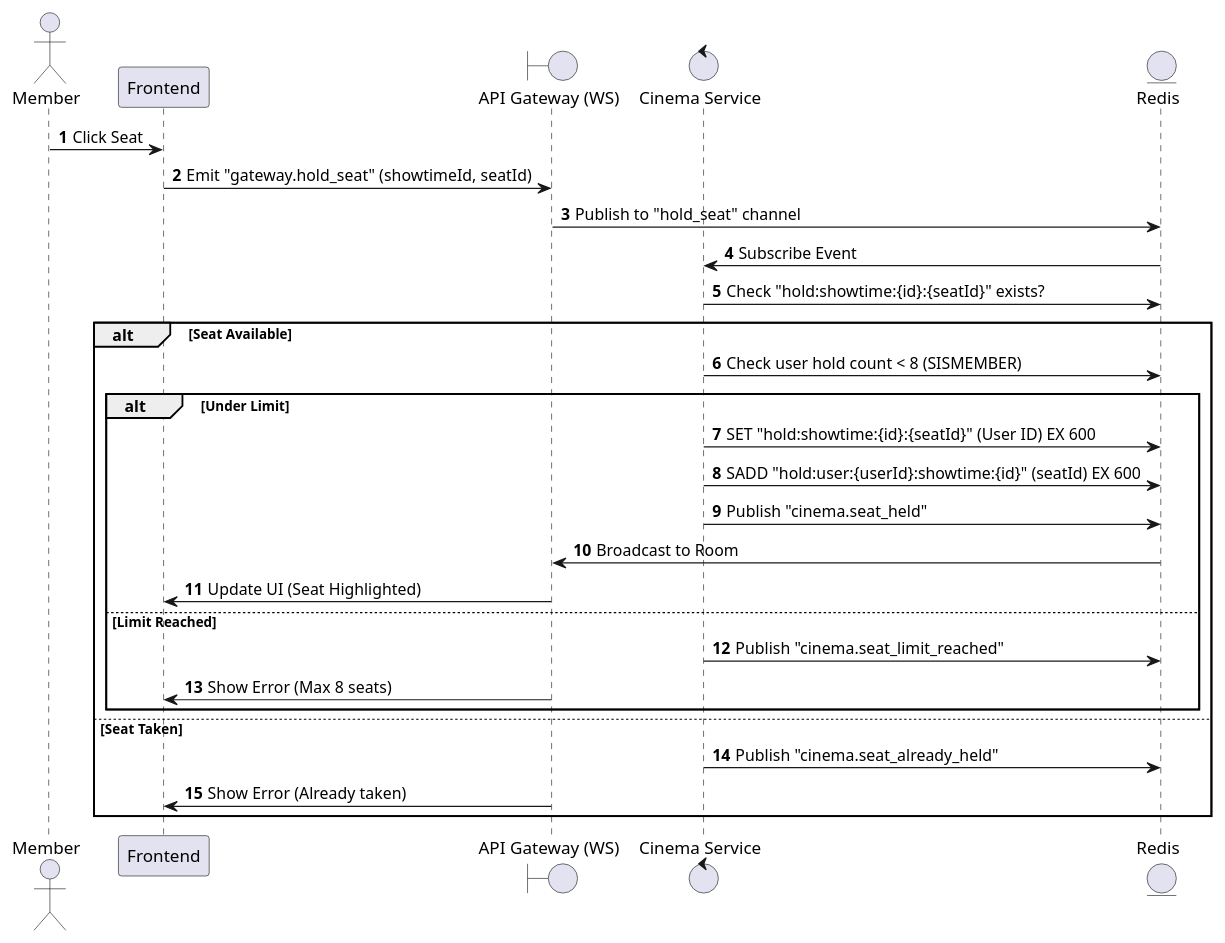
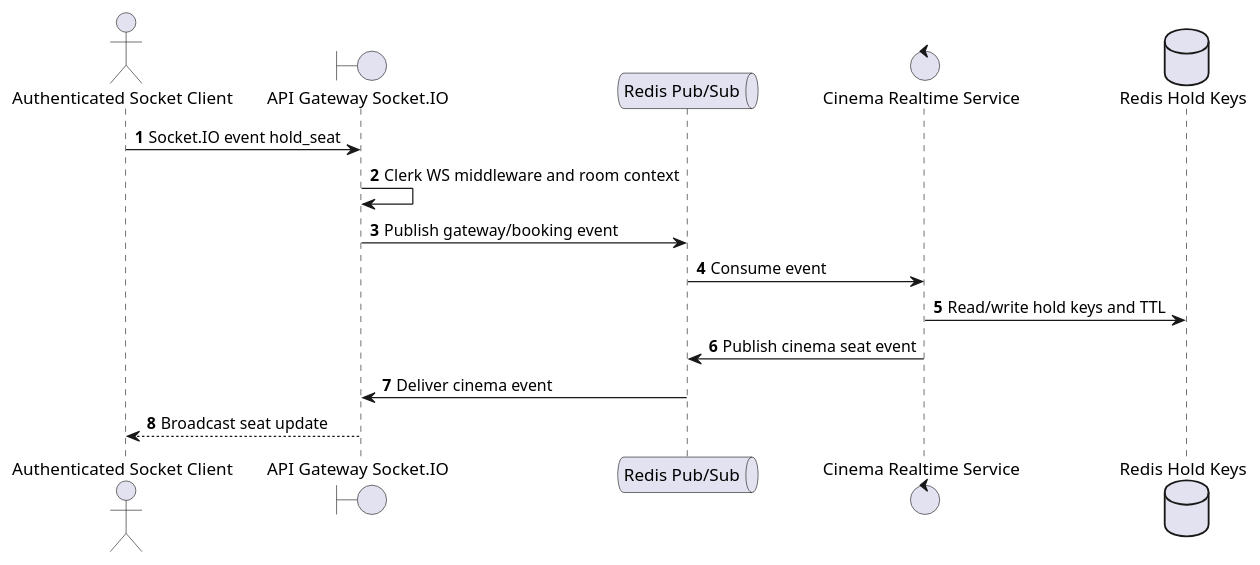
Before and after one commit to Tanh1603/movie-hub-architecture: the first of 2 diagrams in docs/functional_specs/3.5.3_Real-time_Seat_Selection/RT-01_Hold_Seat.md, drawn with PlantUML. The commit also changed other lines of this file and 126 other files, not shown here.

````diff
--- a/docs/functional_specs/3.5.3_Real-time_Seat_Selection/RT-01_Hold_Seat.md
+++ b/docs/functional_specs/3.5.3_Real-time_Seat_Selection/RT-01_Hold_Seat.md
@@ -17,32 +17,19 @@
 ```plantuml
 @startuml
 autonumber
-actor Member
-participant "Frontend" as FE
-boundary "API Gateway (WS)" as WS
-control "Cinema Service" as CS
-entity "Redis" as R
+actor "Authenticated Socket Client" as Actor
+boundary "API Gateway Socket.IO" as GW
+queue "Redis Pub/Sub" as Redis
+control "Cinema Realtime Service" as CRS
+database "Redis Hold Keys" as Hold
 
-Member -> FE: Click Seat
-FE -> WS: Emit "gateway.hold_seat" (showtimeId, seatId)
-WS -> R: Publish to "hold_seat" channel
-R -> CS: Subscribe Event
-CS -> R: Check "hold:showtime:{id}:{seatId}" exists?
-alt Seat Available
-    CS -> R: Check user hold count < 8 (SISMEMBER)
-    alt Under Limit
-        CS -> R: SET "hold:showtime:{id}:{seatId}" (User ID) EX 600
-        CS -> R: SADD "hold:user:{userId}:showtime:{id}" (seatId) EX 600
-        CS -> R: Publish "cinema.seat_held"
-        R -> WS: Broadcast to Room
-        WS -> FE: Update UI (Seat Highlighted)
-    else Limit Reached
-        CS -> R: Publish "cinema.seat_limit_reached"
-        WS -> FE: Show Error (Max 8 seats)
-    end
-else Seat Taken
-    CS -> R: Publish "cinema.seat_already_held"
-    WS -> FE: Show Error (Already taken)
-end
+Actor -> GW: Socket.IO event hold_seat
+GW -> GW: Clerk WS middleware and room context
+GW -> Redis: Publish gateway/booking event
+Redis -> CRS: Consume event
+CRS -> Hold: Read/write hold keys and TTL
+CRS -> Redis: Publish cinema seat event
+Redis -> GW: Deliver cinema event
+GW --> Actor: Broadcast seat update
 @enduml
 ```
````
